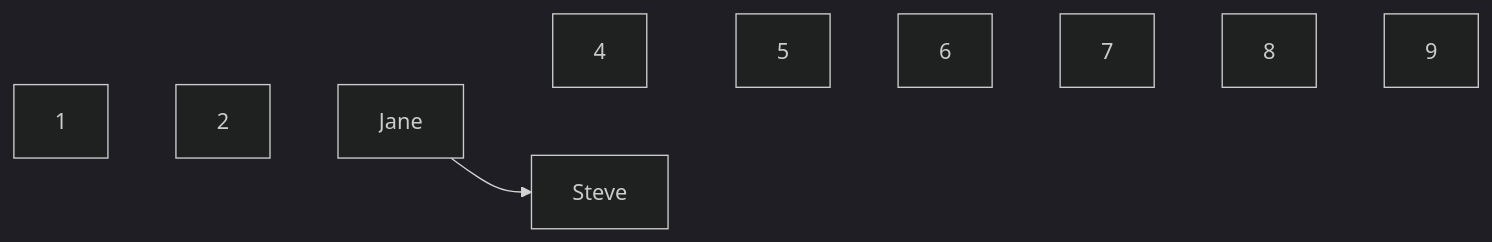
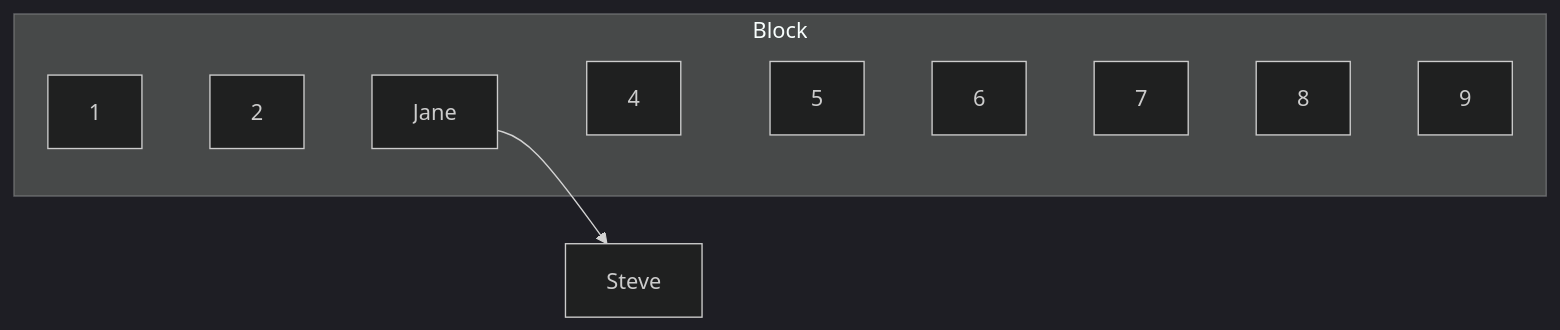
Before and after one commit to tsolenthaler/zbwAlgDs: the third of 3 diagrams in docs/datenstrukturen/hashtable.md, drawn with Mermaid (dark theme). The commit also changed other lines of this file, not shown here.

Commit message:
Enhance mermaid flowcharts in hashtable documentation by adding subgraphs for better structure and clarity

````diff
--- a/docs/datenstrukturen/hashtable.md
+++ b/docs/datenstrukturen/hashtable.md
@@ -167,5 +169,7 @@
 ``` mermaid
 flowchart LR
+    subgraph Block
     1 ~~~ 2 ~~~ 3[Jane] ~~~ 4 ~~~ 5 ~~~ 6 ~~~ 7 ~~~ 8 ~~~ 9
+    end
     3 --> Steve
 ```
````
